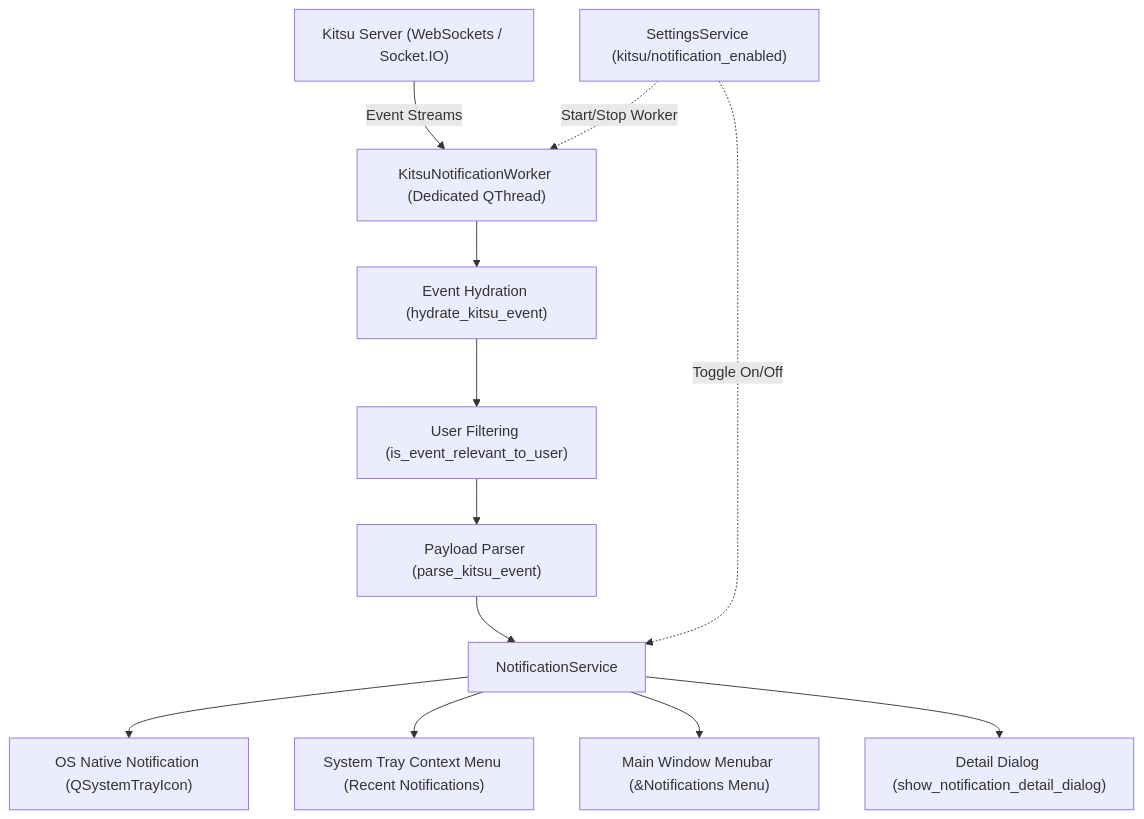
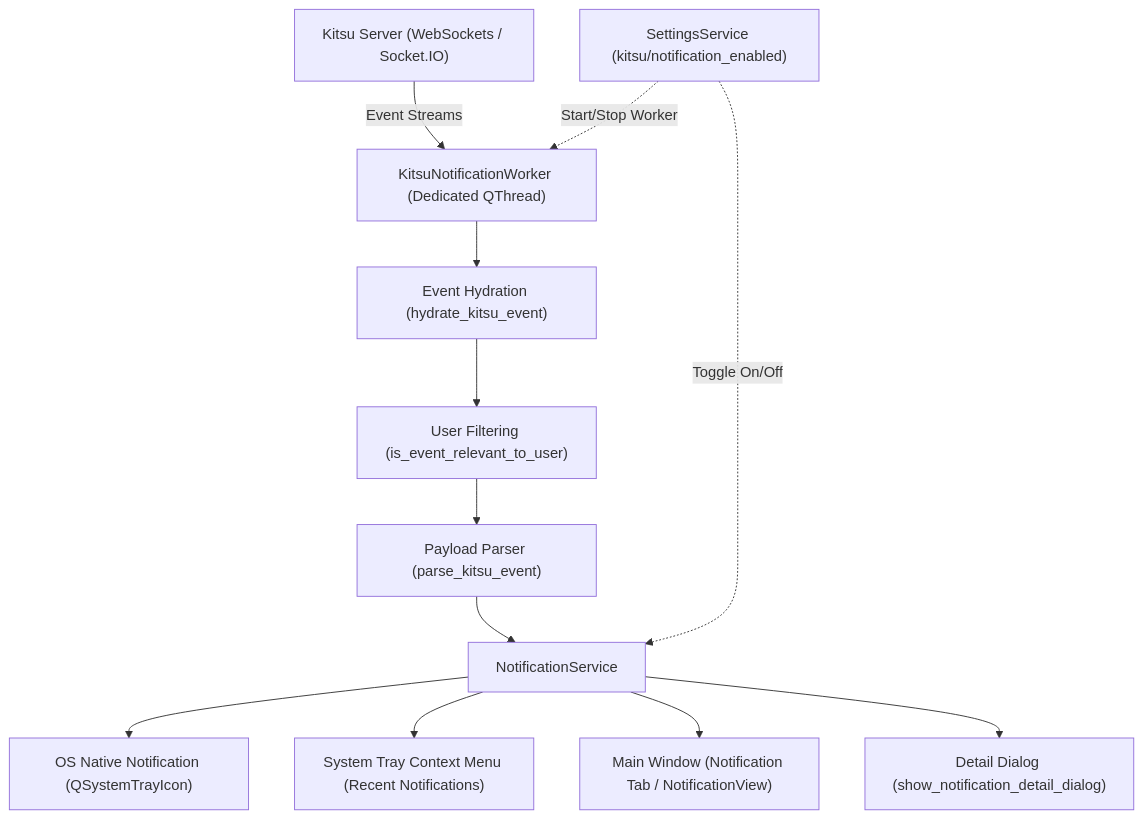
Before and after one commit to iYapi/ZeroXe: the diagram in docs/NOTIFICATION_SYSTEM_GUIDE.md, drawn with Mermaid. The commit also changed other lines of this file and 1 other file, not shown here.

Commit message:
docs: notification documentation

````diff
--- a/docs/NOTIFICATION_SYSTEM_GUIDE.md
+++ b/docs/NOTIFICATION_SYSTEM_GUIDE.md
@@ -11,16 +11,16 @@
 ```mermaid
 flowchart TD
     Kitsu["Kitsu Server (WebSockets / Socket.IO)"] -->|Event Streams| Worker["KitsuNotificationWorker (Dedicated QThread)"]
     Worker --> Hydrate["Event Hydration (hydrate_kitsu_event)"]
     Hydrate --> Filter["User Filtering (is_event_relevant_to_user)"]
     Filter --> Parser["Payload Parser (parse_kitsu_event)"]
     Parser --> Service["NotificationService"]
     
     Service --> TrayBubble["OS Native Notification (QSystemTrayIcon)"]
     Service --> TrayMenu["System Tray Context Menu (Recent Notifications)"]
-    Service --> MenuBar["Main Window Menubar (&Notifications Menu)"]
+    Service --> NotifTab["Main Window (Notification Tab / NotificationView)"]
     Service --> Dialog["Detail Dialog (show_notification_detail_dialog)"]
     
     Settings["SettingsService (kitsu/notification_enabled)"] -.->|Toggle On/Off| Service
     Settings -.->|Start/Stop Worker| Worker
 ```
````
